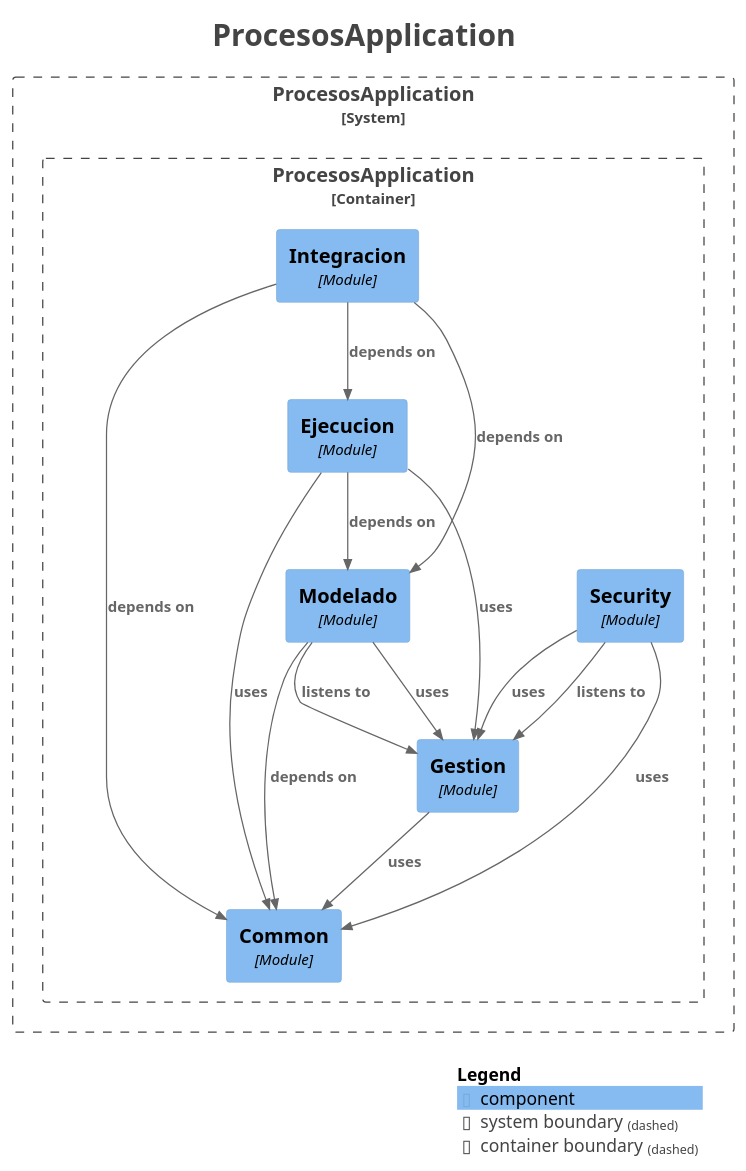
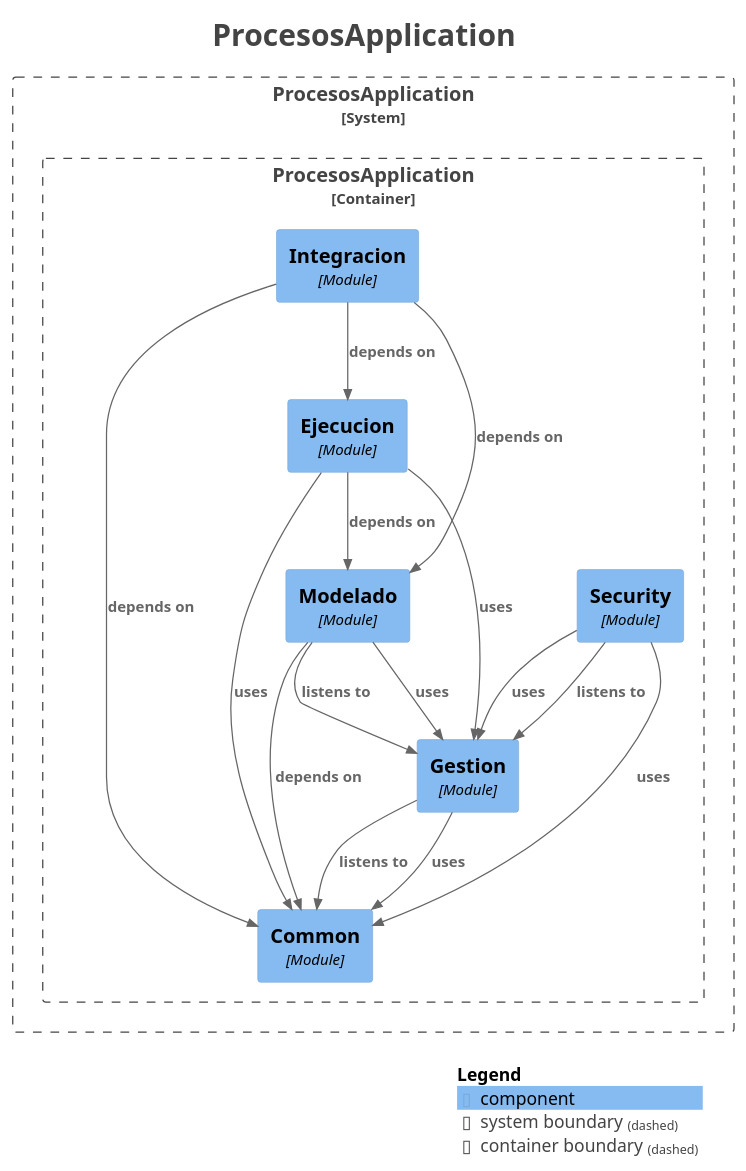
One commit to AndresContreras1/bpmn-process-manager-api changed the diagram in docs/modules/components.puml. Above: the diagram before and after it, drawn with PlantUML. The commit also changed 36 other files, not shown here.

```diff
--- a/docs/modules/components.puml
+++ b/docs/modules/components.puml
@@ -1,46 +1,47 @@
 @startuml
 title <size:24>ProcesosApplication</size>
 
 set separator none
 top to bottom direction
 
 <style>
   root {
     BackgroundColor: #ffffff
     FontColor: #444444
   }
 </style>
 
 !include <C4/C4>
 !include <C4/C4_Context>
 !include <C4/C4_Component>
 
 System_Boundary("ProcesosApplication_boundary", "ProcesosApplication", $tags="") {
   Container_Boundary("ProcesosApplication.ProcesosApplication_boundary", "ProcesosApplication", $tags="") {
     Component(ProcesosApplication.ProcesosApplication.Common, "Common", $techn="Module", $descr="", $tags="", $link="")
     Component(ProcesosApplication.ProcesosApplication.Gestion, "Gestion", $techn="Module", $descr="", $tags="", $link="")
     Component(ProcesosApplication.ProcesosApplication.Modelado, "Modelado", $techn="Module", $descr="", $tags="", $link="")
     Component(ProcesosApplication.ProcesosApplication.Security, "Security", $techn="Module", $descr="", $tags="", $link="")
     Component(ProcesosApplication.ProcesosApplication.Ejecucion, "Ejecucion", $techn="Module", $descr="", $tags="", $link="")
     Component(ProcesosApplication.ProcesosApplication.Integracion, "Integracion", $techn="Module", $descr="", $tags="", $link="")
   }
 
 }
 
-Rel(ProcesosApplication.ProcesosApplication.Integracion, ProcesosApplication.ProcesosApplication.Modelado, "depends on", $techn="", $tags="", $link="")
-Rel(ProcesosApplication.ProcesosApplication.Integracion, ProcesosApplication.ProcesosApplication.Common, "depends on", $techn="", $tags="", $link="")
+Rel(ProcesosApplication.ProcesosApplication.Ejecucion, ProcesosApplication.ProcesosApplication.Modelado, "depends on", $techn="", $tags="", $link="")
+Rel(ProcesosApplication.ProcesosApplication.Ejecucion, ProcesosApplication.ProcesosApplication.Common, "uses", $techn="", $tags="", $link="")
+Rel(ProcesosApplication.ProcesosApplication.Ejecucion, ProcesosApplication.ProcesosApplication.Gestion, "uses", $techn="", $tags="", $link="")
+Rel(ProcesosApplication.ProcesosApplication.Gestion, ProcesosApplication.ProcesosApplication.Common, "listens to", $techn="", $tags="", $link="")
+Rel(ProcesosApplication.ProcesosApplication.Gestion, ProcesosApplication.ProcesosApplication.Common, "uses", $techn="", $tags="", $link="")
+Rel(ProcesosApplication.ProcesosApplication.Security, ProcesosApplication.ProcesosApplication.Gestion, "listens to", $techn="", $tags="", $link="")
+Rel(ProcesosApplication.ProcesosApplication.Security, ProcesosApplication.ProcesosApplication.Gestion, "uses", $techn="", $tags="", $link="")
+Rel(ProcesosApplication.ProcesosApplication.Security, ProcesosApplication.ProcesosApplication.Common, "uses", $techn="", $tags="", $link="")
 Rel(ProcesosApplication.ProcesosApplication.Modelado, ProcesosApplication.ProcesosApplication.Gestion, "listens to", $techn="", $tags="", $link="")
 Rel(ProcesosApplication.ProcesosApplication.Modelado, ProcesosApplication.ProcesosApplication.Common, "depends on", $techn="", $tags="", $link="")
 Rel(ProcesosApplication.ProcesosApplication.Modelado, ProcesosApplication.ProcesosApplication.Gestion, "uses", $techn="", $tags="", $link="")
-Rel(ProcesosApplication.ProcesosApplication.Security, ProcesosApplication.ProcesosApplication.Gestion, "listens to", $techn="", $tags="", $link="")
-Rel(ProcesosApplication.ProcesosApplication.Security, ProcesosApplication.ProcesosApplication.Common, "uses", $techn="", $tags="", $link="")
-Rel(ProcesosApplication.ProcesosApplication.Security, ProcesosApplication.ProcesosApplication.Gestion, "uses", $techn="", $tags="", $link="")
-Rel(ProcesosApplication.ProcesosApplication.Gestion, ProcesosApplication.ProcesosApplication.Common, "uses", $techn="", $tags="", $link="")
-Rel(ProcesosApplication.ProcesosApplication.Ejecucion, ProcesosApplication.ProcesosApplication.Modelado, "depends on", $techn="", $tags="", $link="")
-Rel(ProcesosApplication.ProcesosApplication.Ejecucion, ProcesosApplication.ProcesosApplication.Common, "uses", $techn="", $tags="", $link="")
-Rel(ProcesosApplication.ProcesosApplication.Ejecucion, ProcesosApplication.ProcesosApplication.Gestion, "uses", $techn="", $tags="", $link="")
 Rel(ProcesosApplication.ProcesosApplication.Integracion, ProcesosApplication.ProcesosApplication.Ejecucion, "depends on", $techn="", $tags="", $link="")
+Rel(ProcesosApplication.ProcesosApplication.Integracion, ProcesosApplication.ProcesosApplication.Modelado, "depends on", $techn="", $tags="", $link="")
+Rel(ProcesosApplication.ProcesosApplication.Integracion, ProcesosApplication.ProcesosApplication.Common, "depends on", $techn="", $tags="", $link="")
 
 SHOW_LEGEND(true)
 hide stereotypes
 @enduml
```
